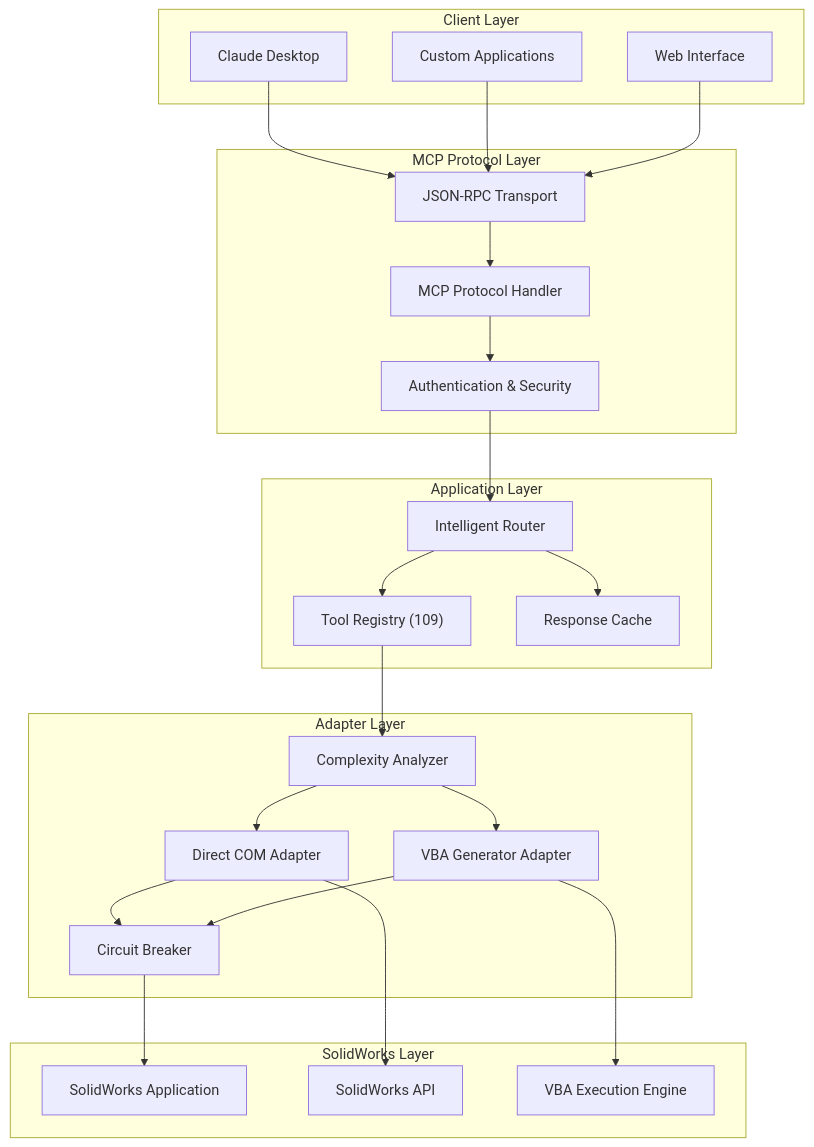
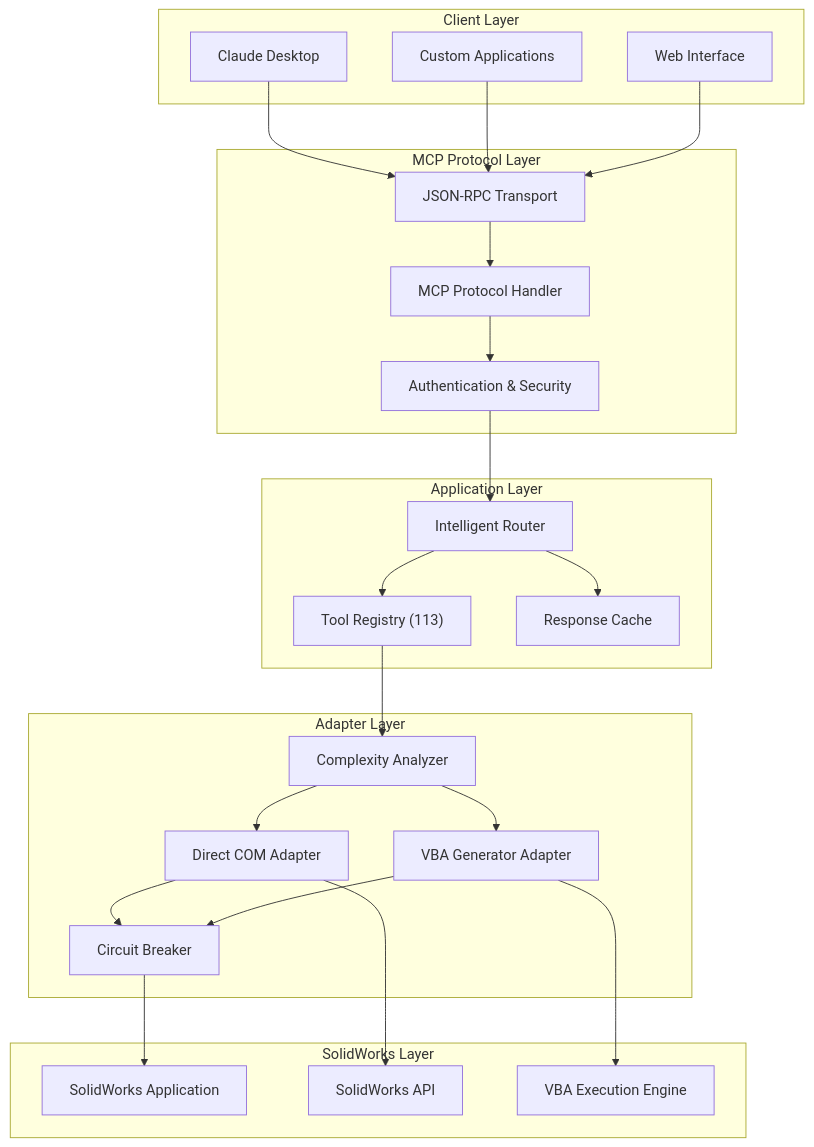
The first of 4 diagrams in docs/user-guide/architecture.md (andrewbartels1/SolidworksMCP-python), drawn with Mermaid before and after one commit. The commit also changed other lines of this file and 102 other files, not shown here.

````diff
--- a/docs/user-guide/architecture.md
+++ b/docs/user-guide/architecture.md
@@ -7,54 +7,54 @@
 ```mermaid
 flowchart TB
     subgraph "Client Layer"
         Claude["Claude Desktop"]
         Custom["Custom Applications"]  
         Web["Web Interface"]
     end
     
     subgraph "MCP Protocol Layer"
         Transport["JSON-RPC Transport"]
         Protocol["MCP Protocol Handler"]
         Auth["Authentication & Security"]
     end
     
     subgraph "Application Layer"
         Router["Intelligent Router"]
-        Tools["Tool Registry (109)"]
+        Tools["Tool Registry (113)"]
         Cache["Response Cache"]
     end
     
     subgraph "Adapter Layer"
         Analyzer["Complexity Analyzer"]
         COM["Direct COM Adapter"]
         VBA["VBA Generator Adapter"]
         Breaker["Circuit Breaker"]
     end
     
     subgraph "SolidWorks Layer"
         SW["SolidWorks Application"]
         API["SolidWorks API"]
         Macros["VBA Execution Engine"]
     end
     
     Claude --> Transport
     Custom --> Transport
     Web --> Transport
     
     Transport --> Protocol
     Protocol --> Auth
     Auth --> Router
     
     Router --> Tools
     Router --> Cache
     Tools --> Analyzer
     
     Analyzer --> COM
     Analyzer --> VBA
     COM --> Breaker
     VBA --> Breaker
     
     Breaker --> SW
     COM --> API
     VBA --> Macros
 ```
````
